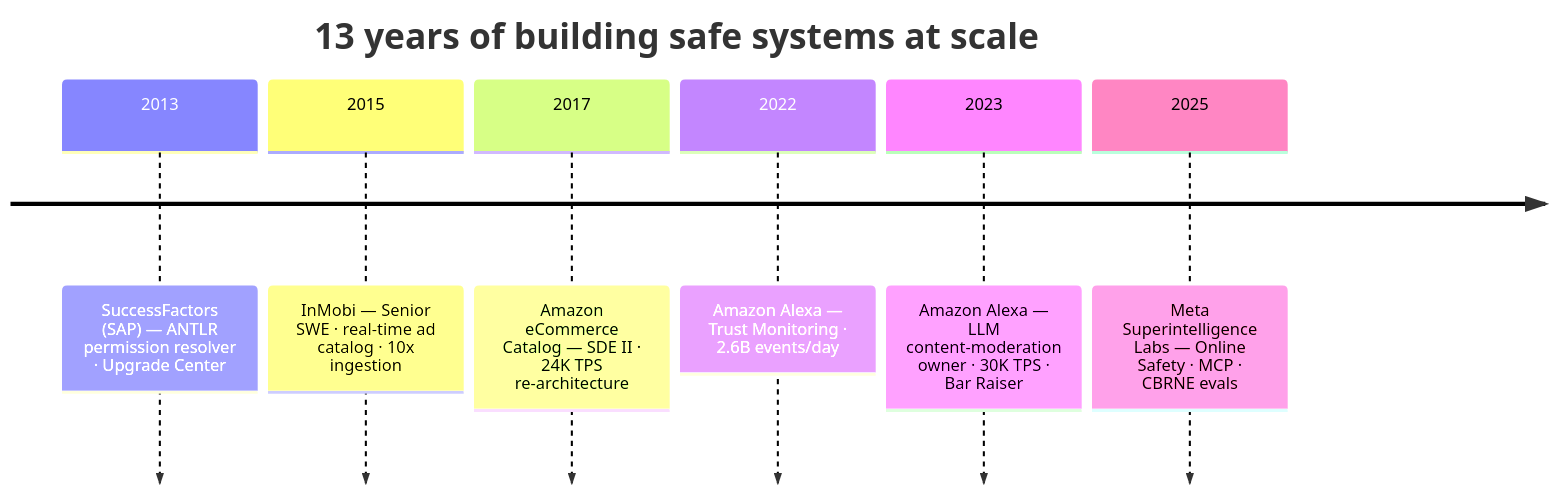
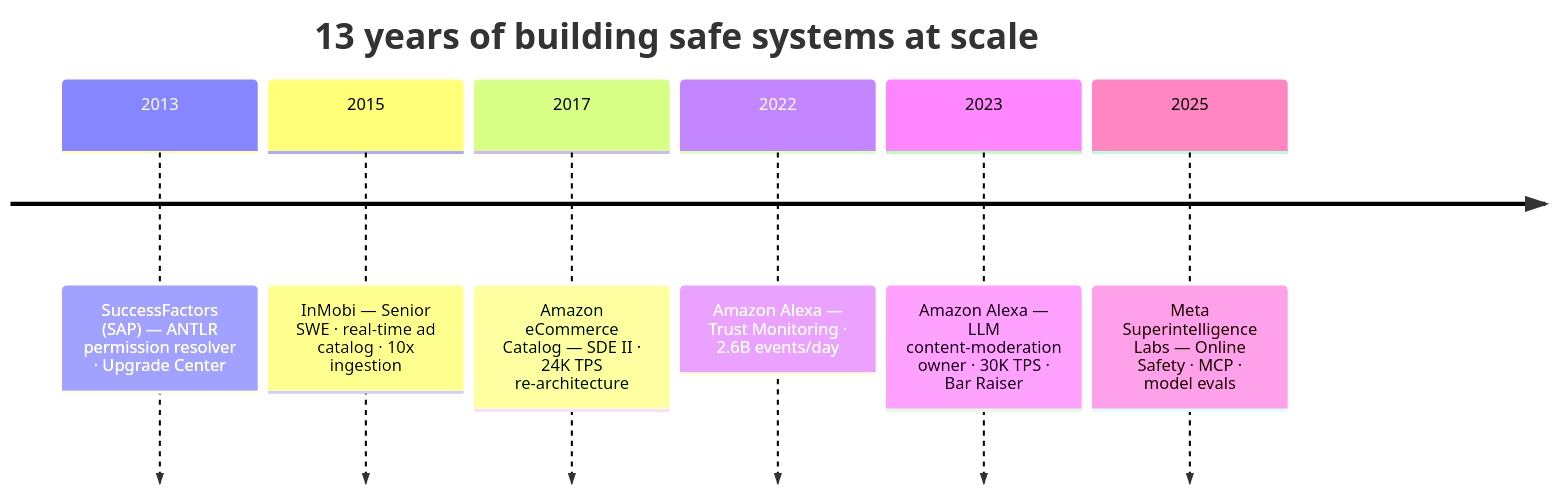
The diagram in README.md (yogeeshr/yogeeshr), drawn with Mermaid before and after one commit. The commit also changed other lines of this file, not shown here.

Commit message:
Generalize CBRNE evals to model/safety evals

````diff
--- a/README.md
+++ b/README.md
@@ -101,10 +101,10 @@
 ```mermaid
 timeline
     title 13 years of building safe systems at scale
     2013 : SuccessFactors (SAP) — ANTLR permission resolver · Upgrade Center
     2015 : InMobi — Senior SWE · real-time ad catalog · 10x ingestion
     2017 : Amazon eCommerce Catalog — SDE II · 24K TPS re-architecture
     2022 : Amazon Alexa — Trust Monitoring · 2.6B events/day
     2023 : Amazon Alexa — LLM content-moderation owner · 30K TPS · Bar Raiser
-    2025 : Meta Superintelligence Labs — Online Safety · MCP · CBRNE evals
+    2025 : Meta Superintelligence Labs — Online Safety · MCP · model evals
 ```
````
